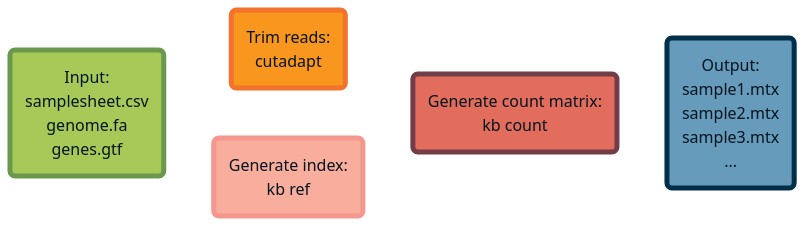
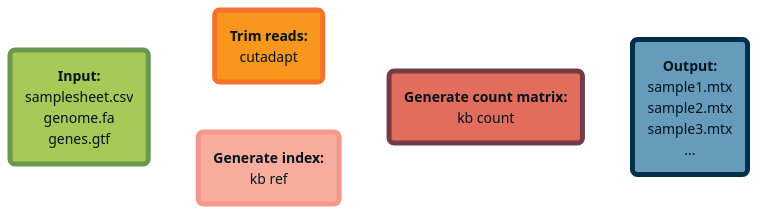
Before and after one commit to jnwangg/scrnaseq_flow: the diagram in README.md, drawn with Mermaid. The commit also changed other lines of this file, not shown here.

Commit message:
Add samplesheet, config, and output documentation

````diff
--- a/README.md
+++ b/README.md
@@ -10,28 +10,28 @@
 ```mermaid
-%%{ init: { "fontFamily": "Trebuchet MS", "flowchart": {"curve": "basis"} } }%%
+%%{init: {'theme': 'base', 'themeVariables': { 'fontSize': '14px', 'fontFamily': "Inter"}}}%%
 flowchart LR
-  source("Input:
+  source("<b>Input:</b>
          samplesheet.csv
          genome.fa
          genes.gtf")
-  trim("Trim reads:
+  trim("<b>Trim reads:</b>
        cutadapt")
-  index("Generate index:
+  index("<b>Generate index:</b>
         kb ref")
-  aligner("Generate count matrix:
+  aligner("<b>Generate count matrix:</b>
           kb count")
-  output("Output:
+  output("<b>Output:</b>
          sample1.mtx
          sample2.mtx
          sample3.mtx
          ...")
   source --> trim & index --> aligner
   aligner --> output
 
   linkStyle 0,1,2,3,4 stroke:#ffffff,stroke-width:3px;
   style source fill:#A7C957,stroke:#6A994E,stroke-width:5px,color:#04151f;
   style trim fill:#f8961e,stroke:#f3722c,stroke-width:5px,color:#04151f;
   style output fill:#669bbc,stroke:#003049,stroke-width:5px,color:#04151f;
   style aligner fill:#e26d5c,stroke:#723d46,stroke-width:5px,color:#04151f;
   style index fill:#f8ad9d,stroke:#f4978e,stroke-width:5px,color:#04151f;
 ```
````
